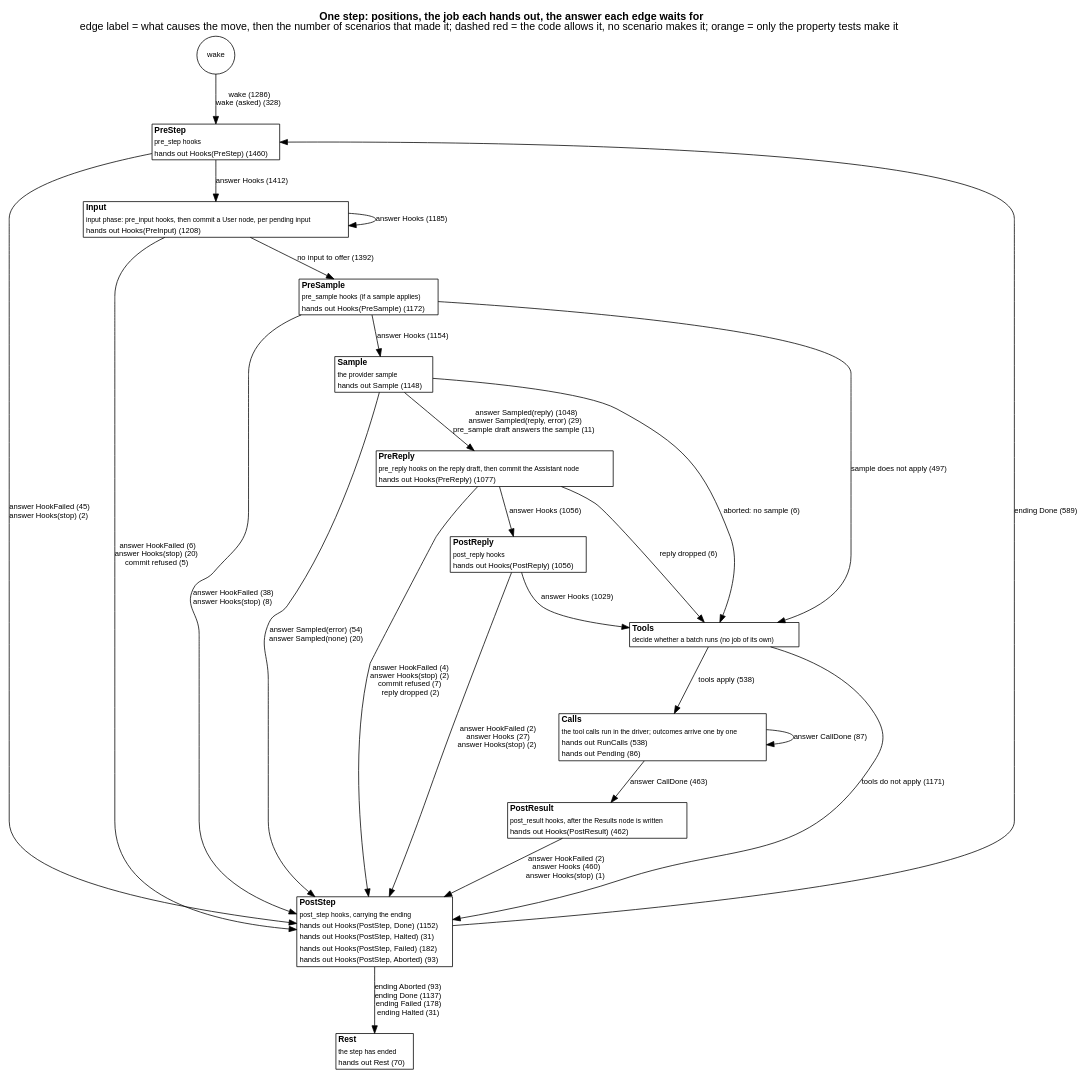
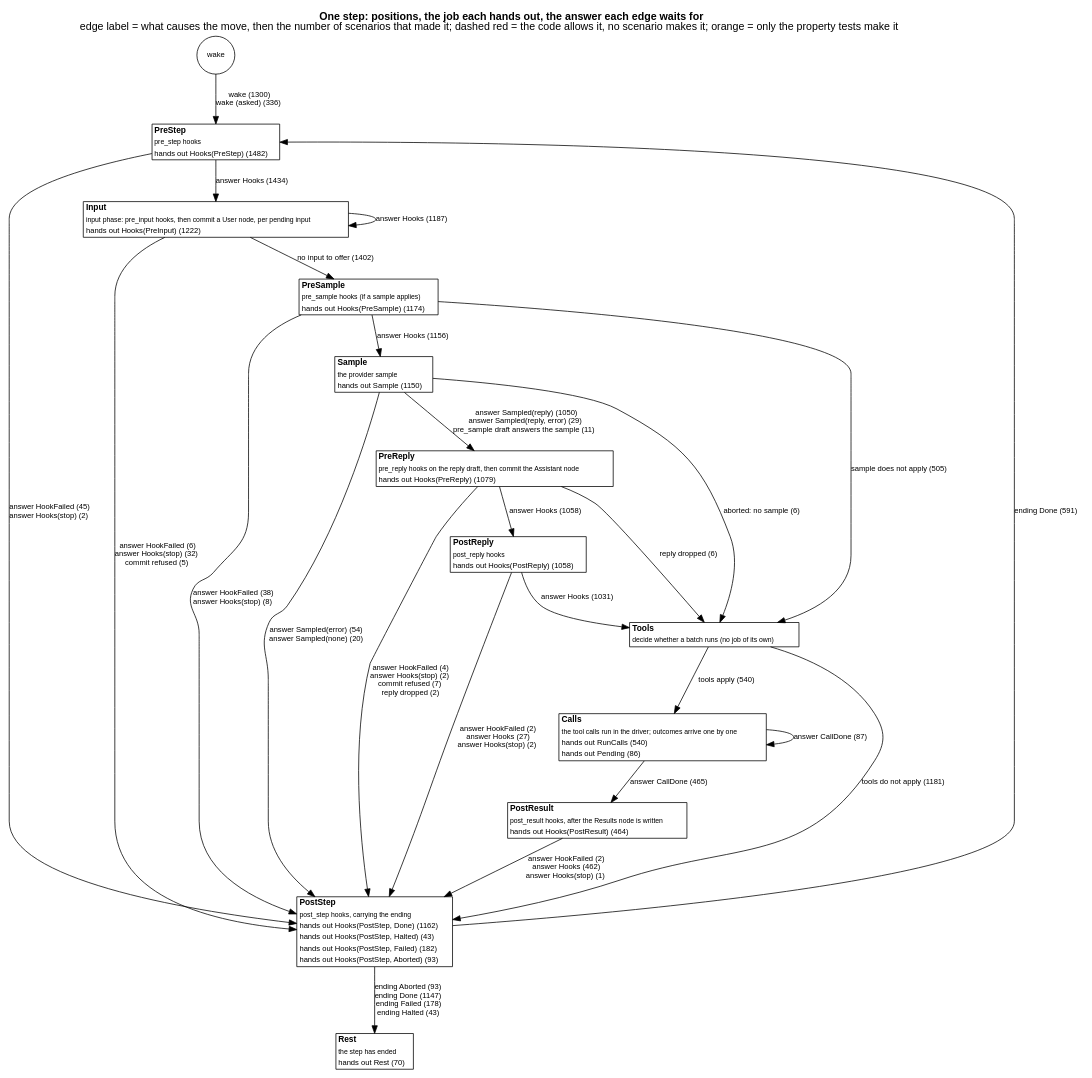
The diagram in docs/as-built/diagrams/step-positions.dot (jmccardle/tau), drawn with Graphviz before and after one commit. The commit also changed 38 other files, not shown here.

```diff
--- a/docs/as-built/diagrams/step-positions.dot
+++ b/docs/as-built/diagrams/step-positions.dot
@@ -1,42 +1,42 @@
 // Generated by scripts/diagrams.sh from the test suites' transitions. Do not edit.
 digraph step_positions {
   graph [rankdir=TB, fontname="Helvetica", nodesep=0.5, ranksep=0.6, labelloc=t, label=<<b>One step: positions, the job each hands out, the answer each edge waits for</b><br/>edge label = what causes the move, then the number of scenarios that made it; dashed red = the code allows it, no scenario makes it; orange = only the property tests make it>];
   node [shape=plain, fontname="Helvetica", fontsize=11];
   edge [fontname="Helvetica", fontsize=10];
   "(wake)" [shape=circle, label="wake", fontsize=10];
-  "PreStep" [label=<<table border="1" cellborder="0" cellspacing="0" bgcolor="white"><tr><td align="left"><b>PreStep</b></td></tr><tr><td align="left"><font point-size="9">pre_step hooks</font></td></tr><tr><td align="left"><font color="black" point-size="10">hands out Hooks(PreStep) (1460)</font></td></tr></table>>];
-  "Input" [label=<<table border="1" cellborder="0" cellspacing="0" bgcolor="white"><tr><td align="left"><b>Input</b></td></tr><tr><td align="left"><font point-size="9">input phase: pre_input hooks, then commit a User node, per pending input</font></td></tr><tr><td align="left"><font color="black" point-size="10">hands out Hooks(PreInput) (1208)</font></td></tr></table>>];
-  "PreSample" [label=<<table border="1" cellborder="0" cellspacing="0" bgcolor="white"><tr><td align="left"><b>PreSample</b></td></tr><tr><td align="left"><font point-size="9">pre_sample hooks (if a sample applies)</font></td></tr><tr><td align="left"><font color="black" point-size="10">hands out Hooks(PreSample) (1172)</font></td></tr></table>>];
-  "Sample" [label=<<table border="1" cellborder="0" cellspacing="0" bgcolor="white"><tr><td align="left"><b>Sample</b></td></tr><tr><td align="left"><font point-size="9">the provider sample</font></td></tr><tr><td align="left"><font color="black" point-size="10">hands out Sample (1148)</font></td></tr></table>>];
-  "PreReply" [label=<<table border="1" cellborder="0" cellspacing="0" bgcolor="white"><tr><td align="left"><b>PreReply</b></td></tr><tr><td align="left"><font point-size="9">pre_reply hooks on the reply draft, then commit the Assistant node</font></td></tr><tr><td align="left"><font color="black" point-size="10">hands out Hooks(PreReply) (1077)</font></td></tr></table>>];
-  "PostReply" [label=<<table border="1" cellborder="0" cellspacing="0" bgcolor="white"><tr><td align="left"><b>PostReply</b></td></tr><tr><td align="left"><font point-size="9">post_reply hooks</font></td></tr><tr><td align="left"><font color="black" point-size="10">hands out Hooks(PostReply) (1056)</font></td></tr></table>>];
+  "PreStep" [label=<<table border="1" cellborder="0" cellspacing="0" bgcolor="white"><tr><td align="left"><b>PreStep</b></td></tr><tr><td align="left"><font point-size="9">pre_step hooks</font></td></tr><tr><td align="left"><font color="black" point-size="10">hands out Hooks(PreStep) (1482)</font></td></tr></table>>];
+  "Input" [label=<<table border="1" cellborder="0" cellspacing="0" bgcolor="white"><tr><td align="left"><b>Input</b></td></tr><tr><td align="left"><font point-size="9">input phase: pre_input hooks, then commit a User node, per pending input</font></td></tr><tr><td align="left"><font color="black" point-size="10">hands out Hooks(PreInput) (1222)</font></td></tr></table>>];
+  "PreSample" [label=<<table border="1" cellborder="0" cellspacing="0" bgcolor="white"><tr><td align="left"><b>PreSample</b></td></tr><tr><td align="left"><font point-size="9">pre_sample hooks (if a sample applies)</font></td></tr><tr><td align="left"><font color="black" point-size="10">hands out Hooks(PreSample) (1174)</font></td></tr></table>>];
+  "Sample" [label=<<table border="1" cellborder="0" cellspacing="0" bgcolor="white"><tr><td align="left"><b>Sample</b></td></tr><tr><td align="left"><font point-size="9">the provider sample</font></td></tr><tr><td align="left"><font color="black" point-size="10">hands out Sample (1150)</font></td></tr></table>>];
+  "PreReply" [label=<<table border="1" cellborder="0" cellspacing="0" bgcolor="white"><tr><td align="left"><b>PreReply</b></td></tr><tr><td align="left"><font point-size="9">pre_reply hooks on the reply draft, then commit the Assistant node</font></td></tr><tr><td align="left"><font color="black" point-size="10">hands out Hooks(PreReply) (1079)</font></td></tr></table>>];
+  "PostReply" [label=<<table border="1" cellborder="0" cellspacing="0" bgcolor="white"><tr><td align="left"><b>PostReply</b></td></tr><tr><td align="left"><font point-size="9">post_reply hooks</font></td></tr><tr><td align="left"><font color="black" point-size="10">hands out Hooks(PostReply) (1058)</font></td></tr></table>>];
   "Tools" [label=<<table border="1" cellborder="0" cellspacing="0" bgcolor="white"><tr><td align="left"><b>Tools</b></td></tr><tr><td align="left"><font point-size="9">decide whether a batch runs (no job of its own)</font></td></tr></table>>];
-  "Calls" [label=<<table border="1" cellborder="0" cellspacing="0" bgcolor="white"><tr><td align="left"><b>Calls</b></td></tr><tr><td align="left"><font point-size="9">the tool calls run in the driver; outcomes arrive one by one</font></td></tr><tr><td align="left"><font color="black" point-size="10">hands out RunCalls (538)</font></td></tr><tr><td align="left"><font color="black" point-size="10">hands out Pending (86)</font></td></tr></table>>];
-  "PostResult" [label=<<table border="1" cellborder="0" cellspacing="0" bgcolor="white"><tr><td align="left"><b>PostResult</b></td></tr><tr><td align="left"><font point-size="9">post_result hooks, after the Results node is written</font></td></tr><tr><td align="left"><font color="black" point-size="10">hands out Hooks(PostResult) (462)</font></td></tr></table>>];
-  "PostStep" [label=<<table border="1" cellborder="0" cellspacing="0" bgcolor="white"><tr><td align="left"><b>PostStep</b></td></tr><tr><td align="left"><font point-size="9">post_step hooks, carrying the ending</font></td></tr><tr><td align="left"><font color="black" point-size="10">hands out Hooks(PostStep, Done) (1152)</font></td></tr><tr><td align="left"><font color="black" point-size="10">hands out Hooks(PostStep, Halted) (31)</font></td></tr><tr><td align="left"><font color="black" point-size="10">hands out Hooks(PostStep, Failed) (182)</font></td></tr><tr><td align="left"><font color="black" point-size="10">hands out Hooks(PostStep, Aborted) (93)</font></td></tr></table>>];
+  "Calls" [label=<<table border="1" cellborder="0" cellspacing="0" bgcolor="white"><tr><td align="left"><b>Calls</b></td></tr><tr><td align="left"><font point-size="9">the tool calls run in the driver; outcomes arrive one by one</font></td></tr><tr><td align="left"><font color="black" point-size="10">hands out RunCalls (540)</font></td></tr><tr><td align="left"><font color="black" point-size="10">hands out Pending (86)</font></td></tr></table>>];
+  "PostResult" [label=<<table border="1" cellborder="0" cellspacing="0" bgcolor="white"><tr><td align="left"><b>PostResult</b></td></tr><tr><td align="left"><font point-size="9">post_result hooks, after the Results node is written</font></td></tr><tr><td align="left"><font color="black" point-size="10">hands out Hooks(PostResult) (464)</font></td></tr></table>>];
+  "PostStep" [label=<<table border="1" cellborder="0" cellspacing="0" bgcolor="white"><tr><td align="left"><b>PostStep</b></td></tr><tr><td align="left"><font point-size="9">post_step hooks, carrying the ending</font></td></tr><tr><td align="left"><font color="black" point-size="10">hands out Hooks(PostStep, Done) (1162)</font></td></tr><tr><td align="left"><font color="black" point-size="10">hands out Hooks(PostStep, Halted) (43)</font></td></tr><tr><td align="left"><font color="black" point-size="10">hands out Hooks(PostStep, Failed) (182)</font></td></tr><tr><td align="left"><font color="black" point-size="10">hands out Hooks(PostStep, Aborted) (93)</font></td></tr></table>>];
   "Rest" [label=<<table border="1" cellborder="0" cellspacing="0" bgcolor="white"><tr><td align="left"><b>Rest</b></td></tr><tr><td align="left"><font point-size="9">the step has ended</font></td></tr><tr><td align="left"><font color="black" point-size="10">hands out Rest (70)</font></td></tr></table>>];
-  "(wake)" -> "PreStep" [label=<wake (1286)<br/>wake (asked) (328)>, color="black", style=solid];
+  "(wake)" -> "PreStep" [label=<wake (1300)<br/>wake (asked) (336)>, color="black", style=solid];
   "Calls" -> "Calls" [label=<answer CallDone (87)>, color="black", style=solid];
-  "Calls" -> "PostResult" [label=<answer CallDone (463)>, color="black", style=solid];
-  "Input" -> "Input" [label=<answer Hooks (1185)>, color="black", style=solid];
-  "Input" -> "PostStep" [label=<answer HookFailed (6)<br/>answer Hooks(stop) (20)<br/>commit refused (5)>, color="black", style=solid];
-  "Input" -> "PreSample" [label=<no input to offer (1392)>, color="black", style=solid];
+  "Calls" -> "PostResult" [label=<answer CallDone (465)>, color="black", style=solid];
+  "Input" -> "Input" [label=<answer Hooks (1187)>, color="black", style=solid];
+  "Input" -> "PostStep" [label=<answer HookFailed (6)<br/>answer Hooks(stop) (32)<br/>commit refused (5)>, color="black", style=solid];
+  "Input" -> "PreSample" [label=<no input to offer (1402)>, color="black", style=solid];
   "PostReply" -> "PostStep" [label=<answer HookFailed (2)<br/>answer Hooks (27)<br/>answer Hooks(stop) (2)>, color="black", style=solid];
-  "PostReply" -> "Tools" [label=<answer Hooks (1029)>, color="black", style=solid];
-  "PostResult" -> "PostStep" [label=<answer HookFailed (2)<br/>answer Hooks (460)<br/>answer Hooks(stop) (1)>, color="black", style=solid];
-  "PostStep" -> "PreStep" [label=<ending Done (589)>, color="black", style=solid];
-  "PostStep" -> "Rest" [label=<ending Aborted (93)<br/>ending Done (1137)<br/>ending Failed (178)<br/>ending Halted (31)>, color="black", style=solid];
-  "PreReply" -> "PostReply" [label=<answer Hooks (1056)>, color="black", style=solid];
+  "PostReply" -> "Tools" [label=<answer Hooks (1031)>, color="black", style=solid];
+  "PostResult" -> "PostStep" [label=<answer HookFailed (2)<br/>answer Hooks (462)<br/>answer Hooks(stop) (1)>, color="black", style=solid];
+  "PostStep" -> "PreStep" [label=<ending Done (591)>, color="black", style=solid];
+  "PostStep" -> "Rest" [label=<ending Aborted (93)<br/>ending Done (1147)<br/>ending Failed (178)<br/>ending Halted (43)>, color="black", style=solid];
+  "PreReply" -> "PostReply" [label=<answer Hooks (1058)>, color="black", style=solid];
   "PreReply" -> "PostStep" [label=<answer HookFailed (4)<br/>answer Hooks(stop) (2)<br/>commit refused (7)<br/>reply dropped (2)>, color="black", style=solid];
   "PreReply" -> "Tools" [label=<reply dropped (6)>, color="black", style=solid];
   "PreSample" -> "PostStep" [label=<answer HookFailed (38)<br/>answer Hooks(stop) (8)>, color="black", style=solid];
-  "PreSample" -> "Sample" [label=<answer Hooks (1154)>, color="black", style=solid];
-  "PreSample" -> "Tools" [label=<sample does not apply (497)>, color="black", style=solid];
-  "PreStep" -> "Input" [label=<answer Hooks (1412)>, color="black", style=solid];
+  "PreSample" -> "Sample" [label=<answer Hooks (1156)>, color="black", style=solid];
+  "PreSample" -> "Tools" [label=<sample does not apply (505)>, color="black", style=solid];
+  "PreStep" -> "Input" [label=<answer Hooks (1434)>, color="black", style=solid];
   "PreStep" -> "PostStep" [label=<answer HookFailed (45)<br/>answer Hooks(stop) (2)>, color="black", style=solid];
   "Sample" -> "PostStep" [label=<answer Sampled(error) (54)<br/>answer Sampled(none) (20)>, color="black", style=solid];
-  "Sample" -> "PreReply" [label=<answer Sampled(reply) (1048)<br/>answer Sampled(reply, error) (29)<br/>pre_sample draft answers the sample (11)>, color="black", style=solid];
+  "Sample" -> "PreReply" [label=<answer Sampled(reply) (1050)<br/>answer Sampled(reply, error) (29)<br/>pre_sample draft answers the sample (11)>, color="black", style=solid];
   "Sample" -> "Tools" [label=<aborted: no sample (6)>, color="black", style=solid];
-  "Tools" -> "Calls" [label=<tools apply (538)>, color="black", style=solid];
-  "Tools" -> "PostStep" [label=<tools do not apply (1171)>, color="black", style=solid];
+  "Tools" -> "Calls" [label=<tools apply (540)>, color="black", style=solid];
+  "Tools" -> "PostStep" [label=<tools do not apply (1181)>, color="black", style=solid];
 }
```
